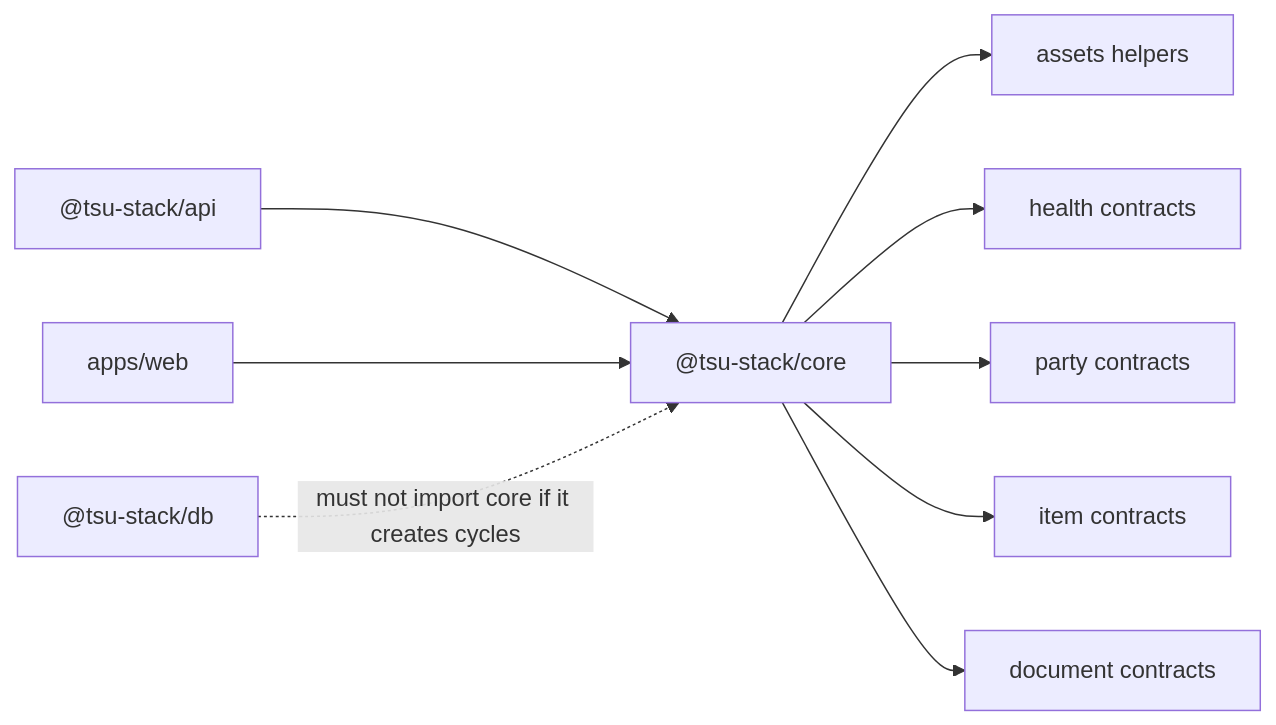
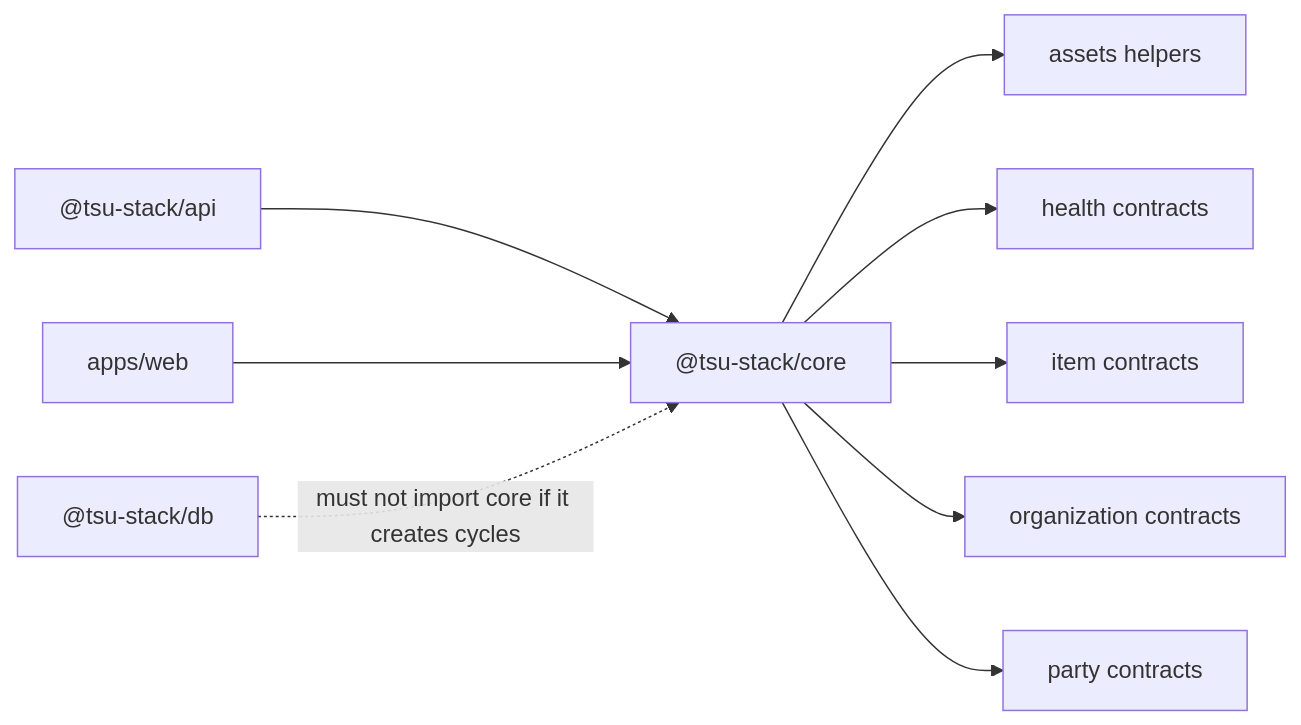
One commit to isherbuilds/edernal-books changed the diagram in packages/core/README.md. Above: the diagram before and after it, drawn with Mermaid. The commit also changed other lines of this file and 13 other files, not shown here.

````diff
--- a/packages/core/README.md
+++ b/packages/core/README.md
@@ -18,11 +19,11 @@
 ```mermaid
 flowchart LR
   Core["@tsu-stack/core"] --> Assets["assets helpers"]
   Core --> Health["health contracts"]
+  Core --> Items["item contracts"]
+  Core --> Organizations["organization contracts"]
   Core --> Parties["party contracts"]
-  Core --> Items["item contracts"]
-  Core --> Documents["document contracts"]
   API["@tsu-stack/api"] --> Core
   Web["apps/web"] --> Core
   DB["@tsu-stack/db"] -. "must not import core if it creates cycles" .-> Core
 ```
````
